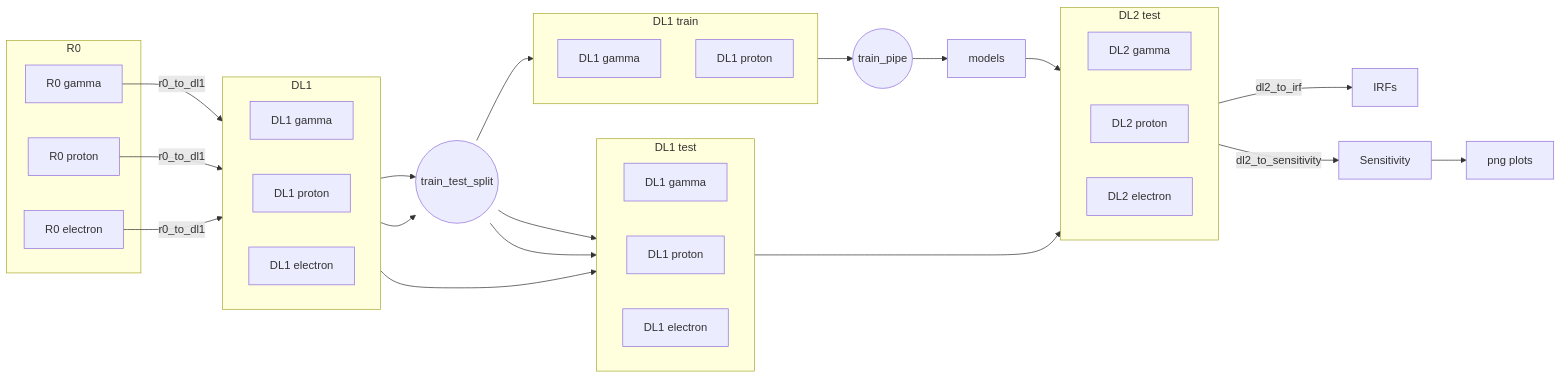
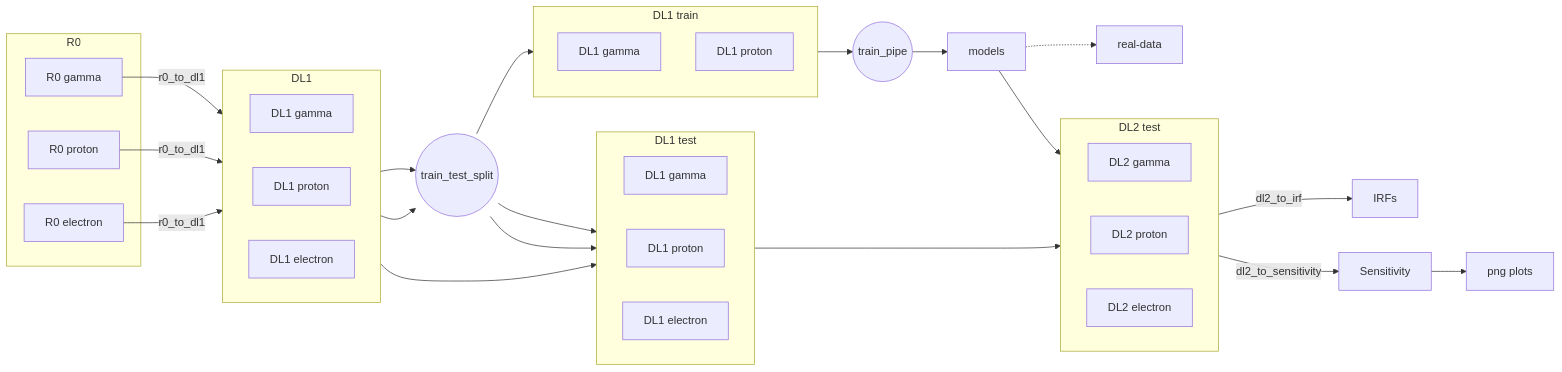
Before and after one commit to cta-observatory/lstmcpipe: the first of 4 diagrams in docs/pipeline.rst, drawn with Mermaid. The commit also changed other lines of this file, not shown here.

Commit message:
add .-> to real data

```diff
--- a/docs/pipeline.rst
+++ b/docs/pipeline.rst
@@ -11,56 +11,57 @@
 .. mermaid::
 
     flowchart LR
         subgraph R0
             gamma[R0 gamma]
             proton[R0 proton]
             electron[R0 electron]
         end
 
         gamma --> |r0_to_dl1| gamma_dl1[DL1 gamma]
         proton --> |r0_to_dl1| proton_dl1[DL1 proton]
         electron --> |r0_to_dl1| electron_dl1[DL1 electron]
 
         subgraph DL1
             direction LR
             gamma_dl1
             proton_dl1
             electron_dl1
         end
 
 
         subgraph DL1-test[DL1 test]
             direction LR
             gamma_dl1_test[DL1 gamma]
             proton_dl1_test[DL1 proton]
             electron_dl1_test[DL1 electron]
         end
 
         subgraph DL1-train[DL1 train]
             gamma_dl1_train[DL1 gamma]
             proton_dl1_train[DL1 proton]
         end
 
 
         gamma_dl1 --> train_test_split((train_test_split))
         proton_dl1 --> train_test_split
         train_test_split --> DL1-train
         train_test_split --> gamma_dl1_test & proton_dl1_test
         DL1-train --> train_pipe((train_pipe))
         train_pipe --> models
+        models .-> real-data
 
         electron_dl1 --> electron_dl1_test
 
         subgraph DL2-test[DL2 test]
             direction LR
             gamma_dl2_test[DL2 gamma]
             proton_dl2_test[DL2 proton]
             electron_dl2_test[DL2 electron]
         end
 
         models --> DL2-test
         DL1-test --> DL2-test
 
         DL2-test --> |dl2_to_irf| IRF[IRFs]
         DL2-test --> |dl2_to_sensitivity| SENS[Sensitivity]
         SENS --> plot[png plots]
```
